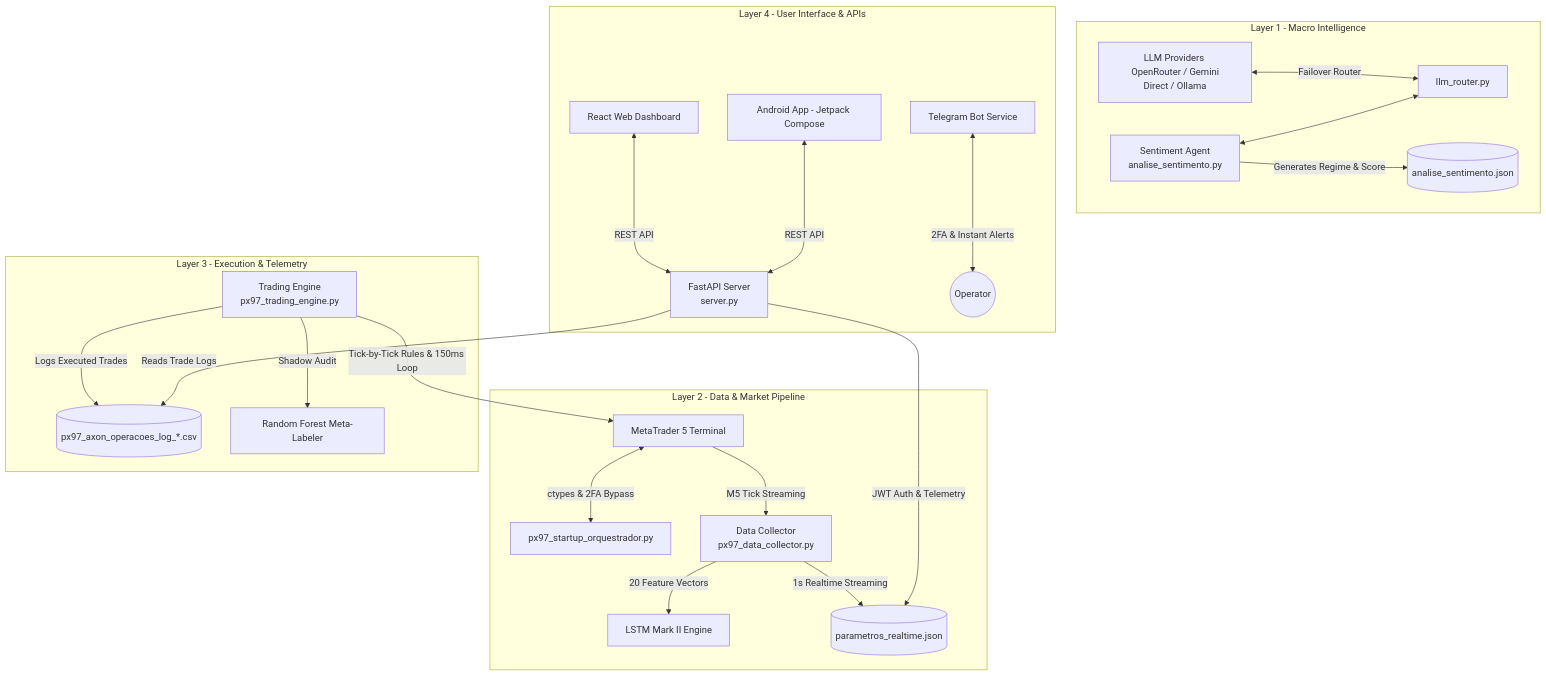
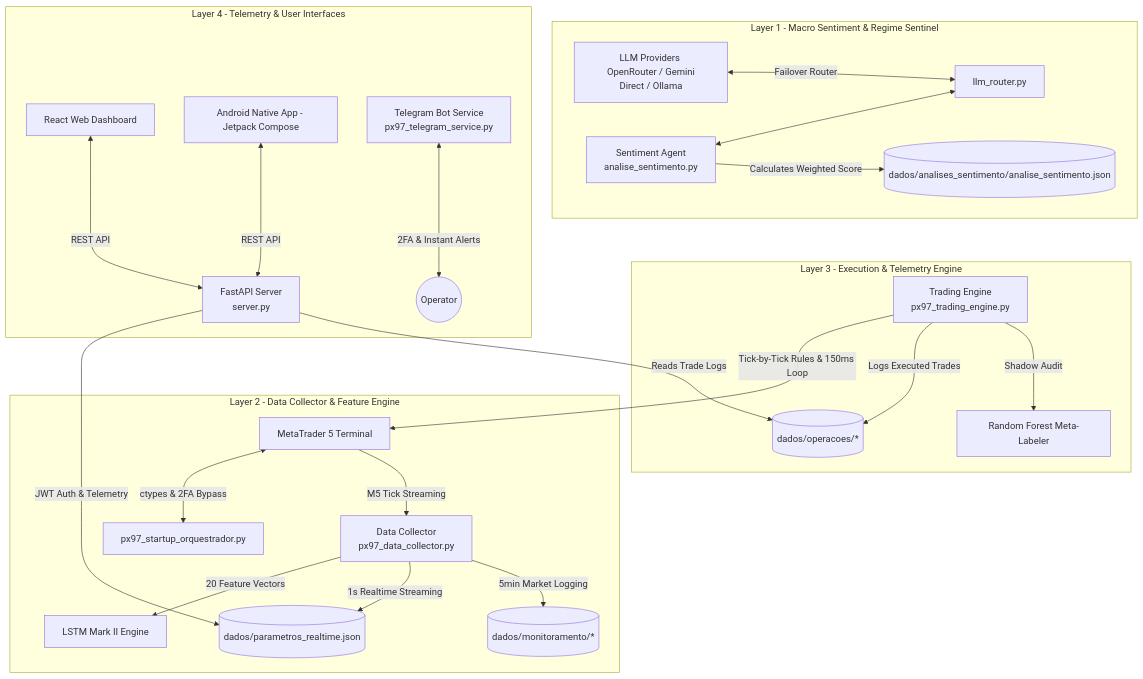
One commit to jlgiorio/PX97-Axon-Showcase changed the second of 2 diagrams in README.md. Above: the diagram before and after it, drawn with Mermaid. The commit also changed other lines of this file, not shown here.

First line of the commit message:
Revise README with updated architecture and AI stack

````diff
--- a/README.md
+++ b/README.md
@@ -57,29 +102,30 @@
 ```mermaid
 graph TD
-    subgraph Layer 1 - Macro Intelligence
+    subgraph Layer 1 - Macro Sentiment & Regime Sentinel
         LLM[LLM Providers <br> OpenRouter / Gemini Direct / Ollama] <-->|Failover Router| Router[llm_router.py]
         Sentiment[Sentiment Agent <br> analise_sentimento.py] <--> Router
-        Sentiment -->|Generates Regime & Score| SentJSON[(analise_sentimento.json)]
+        Sentiment -->|Calculates Weighted Score| SentJSON[(dados/analises_sentimento/analise_sentimento.json)]
     end
 
-    subgraph Layer 2 - Data & Market Pipeline
+    subgraph Layer 2 - Data Collector & Feature Engine
         MT5[MetaTrader 5 Terminal] <-->|ctypes & 2FA Bypass| Boot[px97_startup_orquestrador.py]
         MT5 -->|M5 Tick Streaming| Collector[Data Collector <br> px97_data_collector.py]
         Collector -->|20 Feature Vectors| LSTM[LSTM Mark II Engine]
-        Collector -->|1s Realtime Streaming| RT_JSON[(parametros_realtime.json)]
+        Collector -->|1s Realtime Streaming| RT_JSON[(dados/parametros_realtime.json)]
+        Collector -->|5min Market Logging| MarketLog[(dados/monitoramento/*)]
     end
 
-    subgraph Layer 3 - Execution & Telemetry
+    subgraph Layer 3 - Execution & Telemetry Engine
         Engine[Trading Engine <br> px97_trading_engine.py] -->|Tick-by-Tick Rules & 150ms Loop| MT5
-        Engine -->|Logs Executed Trades| CSVLogs[(px97_axon_operacoes_log_*.csv)]
+        Engine -->|Logs Executed Trades| TradeLog[(dados/operacoes/*)]
         Engine -->|Shadow Audit| RF[Random Forest Meta-Labeler]
     end
 
-    subgraph Layer 4 - User Interface & APIs
+    subgraph Layer 4 - Telemetry & User Interfaces
         Server[FastAPI Server <br> server.py] -->|JWT Auth & Telemetry| RT_JSON
-        Server -->|Reads Trade Logs| CSVLogs
+        Server -->|Reads Trade Logs| TradeLog
         Dashboard[React Web Dashboard] <-->|REST API| Server
-        Mobile[Android App - Jetpack Compose] <-->|REST API| Server
-        Telegram[Telegram Bot Service] <-->|2FA & Instant Alerts| Operators((Operator))
+        Mobile[Android Native App - Jetpack Compose] <-->|REST API| Server
+        Telegram[Telegram Bot Service <br> px97_telegram_service.py] <-->|2FA & Instant Alerts| Operators((Operator))
     end
 ```
````
